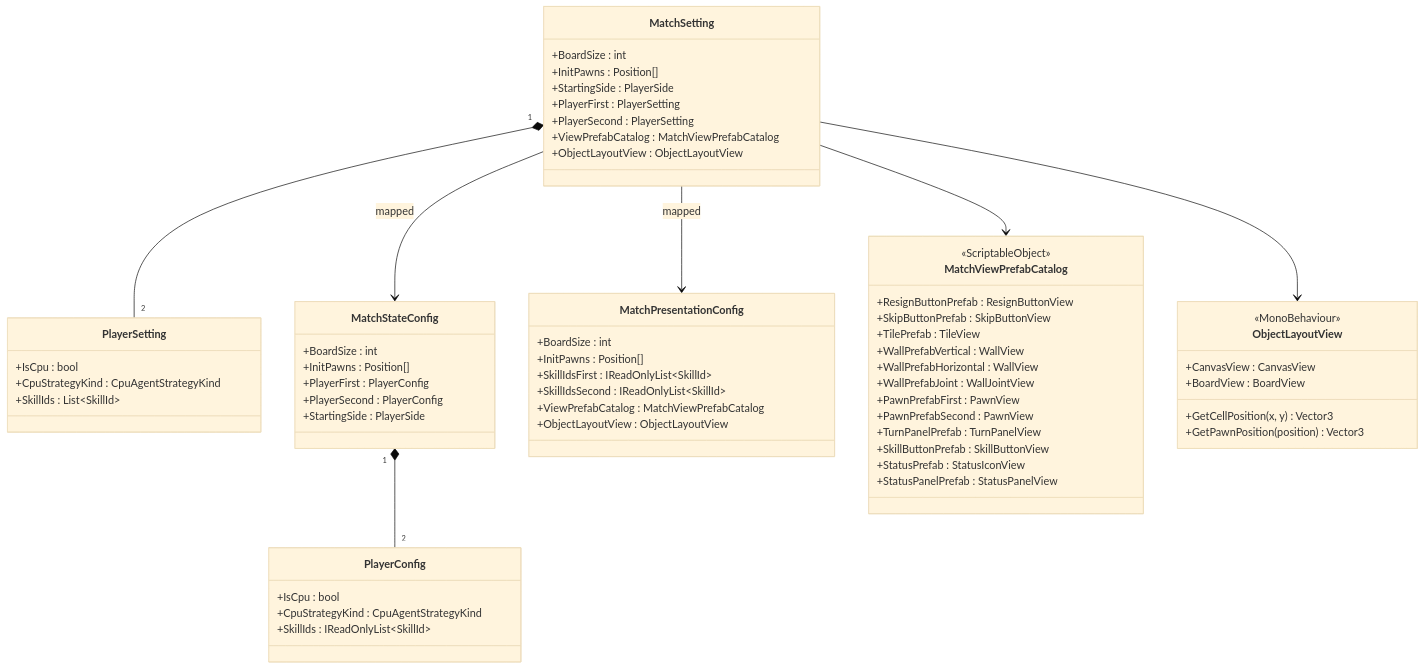
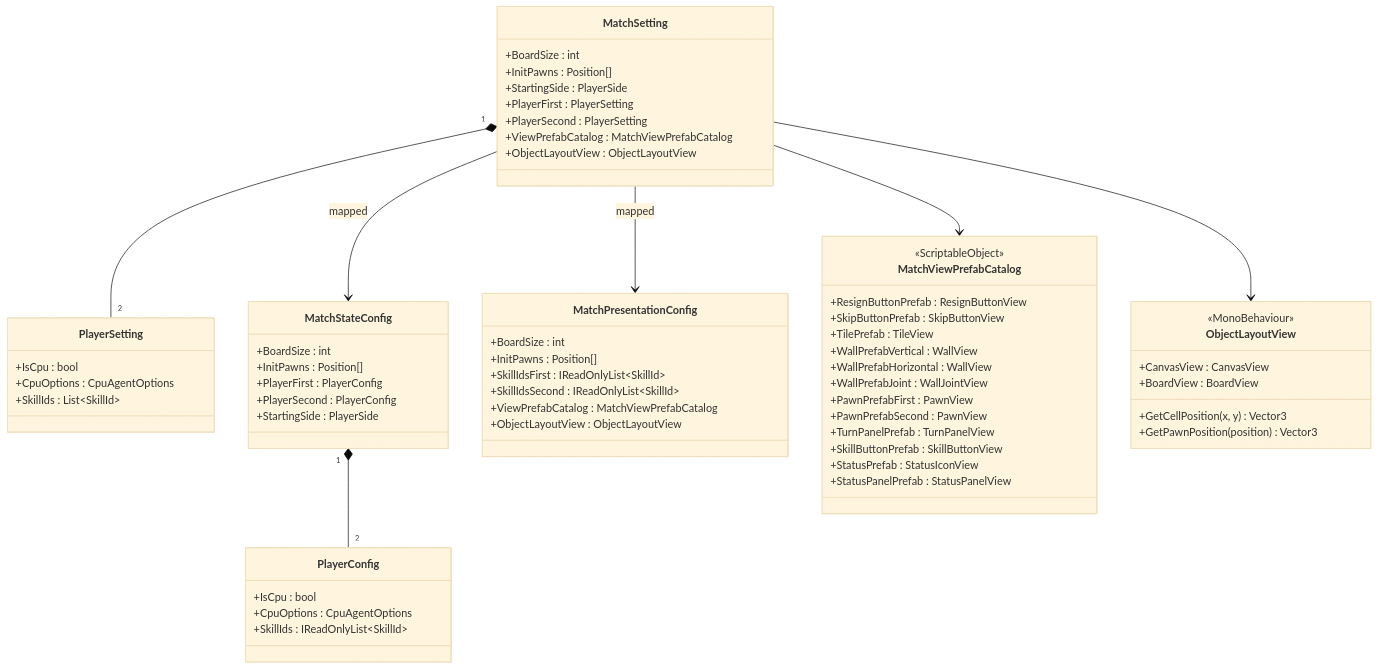
Before and after one commit to takaotokuno/unity-quoridor: the second of 3 diagrams in Assets/Scripts/Diagram/MatchFactory.md, drawn with Mermaid (base theme). The commit also changed 157 other files, not shown here.

````diff
--- a/Assets/Scripts/Diagram/MatchFactory.md
+++ b/Assets/Scripts/Diagram/MatchFactory.md
@@ -76,72 +76,72 @@
 ```mermaid
 classDiagram
     class MatchSetting{
         +BoardSize : int
         +InitPawns : Position[]
         +StartingSide : PlayerSide
         +PlayerFirst : PlayerSetting
         +PlayerSecond : PlayerSetting
         +ViewPrefabCatalog : MatchViewPrefabCatalog
         +ObjectLayoutView : ObjectLayoutView
     }
 
     class PlayerSetting{
         +IsCpu : bool
-        +CpuStrategyKind : CpuAgentStrategyKind
+        +CpuOptions : CpuAgentOptions
         +SkillIds : List~SkillId~
     }
 
     class MatchStateConfig{
         +BoardSize : int
         +InitPawns : Position[]
         +PlayerFirst : PlayerConfig
         +PlayerSecond : PlayerConfig
         +StartingSide : PlayerSide
     }
 
     class PlayerConfig{
         +IsCpu : bool
-        +CpuStrategyKind : CpuAgentStrategyKind
+        +CpuOptions : CpuAgentOptions
         +SkillIds : IReadOnlyList~SkillId~
     }
 
     class MatchPresentationConfig{
         +BoardSize : int
         +InitPawns : Position[]
         +SkillIdsFirst : IReadOnlyList~SkillId~
         +SkillIdsSecond : IReadOnlyList~SkillId~
         +ViewPrefabCatalog : MatchViewPrefabCatalog
         +ObjectLayoutView : ObjectLayoutView
     }
 
     class MatchViewPrefabCatalog{
         <<ScriptableObject>>
         +ResignButtonPrefab : ResignButtonView
         +SkipButtonPrefab : SkipButtonView
         +TilePrefab : TileView
         +WallPrefabVertical : WallView
         +WallPrefabHorizontal : WallView
         +WallPrefabJoint : WallJointView
         +PawnPrefabFirst : PawnView
         +PawnPrefabSecond : PawnView
         +TurnPanelPrefab : TurnPanelView
         +SkillButtonPrefab : SkillButtonView
         +StatusPrefab : StatusIconView
         +StatusPanelPrefab : StatusPanelView
     }
 
     class ObjectLayoutView{
         <<MonoBehaviour>>
         +CanvasView : CanvasView
         +BoardView : BoardView
         +GetCellPosition(x, y) Vector3
         +GetPawnPosition(position) Vector3
     }
 
     MatchSetting "1" *-- "2" PlayerSetting
     MatchStateConfig "1" *-- "2" PlayerConfig
     MatchSetting --> MatchStateConfig : mapped
     MatchSetting --> MatchPresentationConfig : mapped
     MatchSetting --> MatchViewPrefabCatalog
     MatchSetting --> ObjectLayoutView
 ```
````
